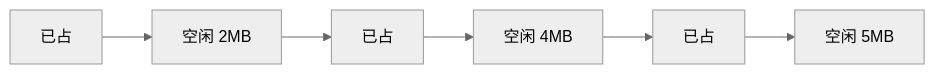
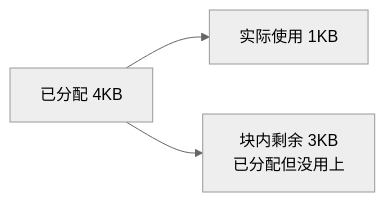
One commit to 74262195/system-architect-notes changed the second of 13 diagrams in 01_综合知识/01_计算机基础知识/02_操作系统/存储管理.md. Above: the diagram before and after it, drawn with Mermaid (neutral theme). The commit also changed other lines of this file and 1 other file, not shown here.

First line of the commit message:
系统补齐存储管理关键关系图并优化可读性 (#35)

````diff
--- a/01_综合知识/01_计算机基础知识/02_操作系统/存储管理.md
+++ b/01_综合知识/01_计算机基础知识/02_操作系统/存储管理.md
@@ -96,4 +96,5 @@
 ```mermaid
 flowchart LR
-  A[已占] --> B[空闲 2MB] --> C[已占] --> D[空闲 4MB] --> E[已占] --> F[空闲 5MB]
+  A[已分配 4KB] --> B[实际使用 1KB]
+  A --> C[块内剩余 3KB<br/>已分配但没用上]
 ```
````
